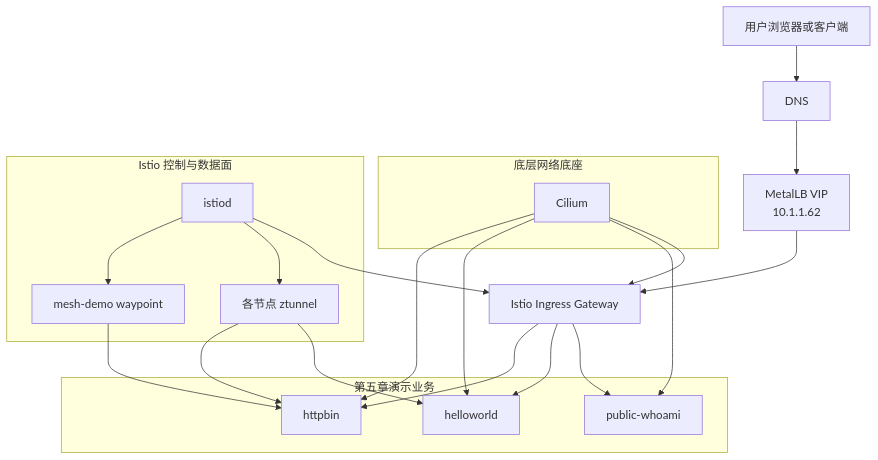
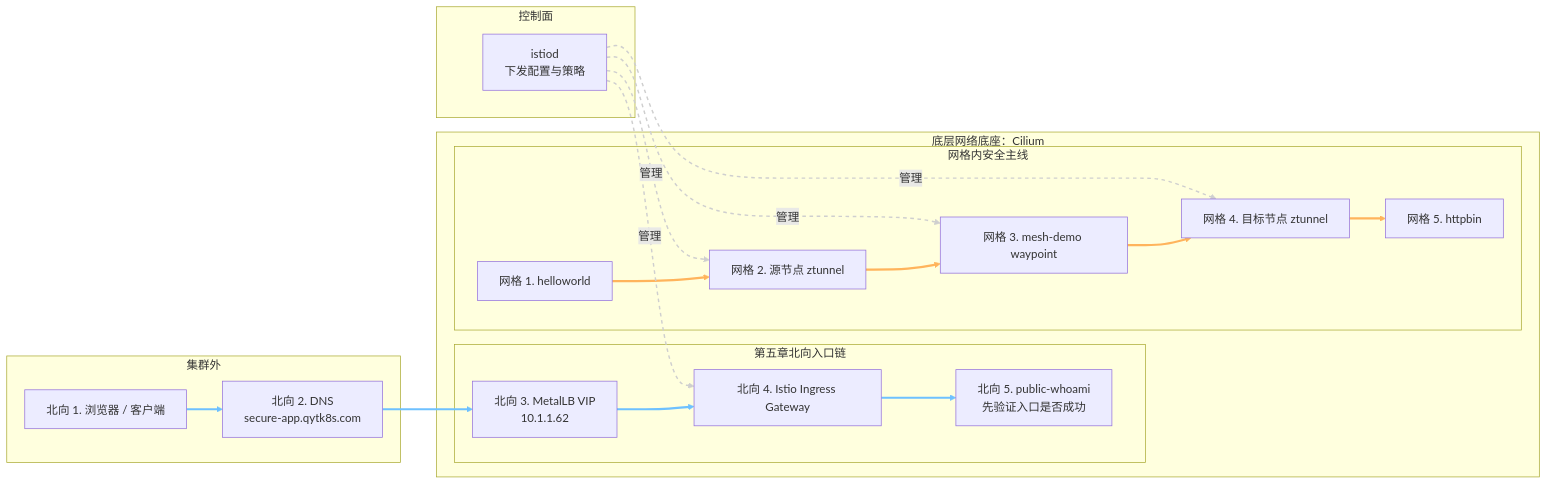
The diagram in k8s/05-security-and-zero-trust/docs/01_chapter_guide.md (hwang-protocol/docker_k8s_2026), drawn with Mermaid before and after one commit. The commit also changed other lines of this file, not shown here.

````diff
--- a/k8s/05-security-and-zero-trust/docs/01_chapter_guide.md
+++ b/k8s/05-security-and-zero-trust/docs/01_chapter_guide.md
@@ -73,39 +58,39 @@
 ```mermaid
-flowchart TD
-    user[用户浏览器或客户端] --> dns[DNS]
-    dns --> vip[MetalLB VIP<br/>10.1.1.62]
-    vip --> ingress[Istio Ingress Gateway]
-
-    subgraph base[底层网络底座]
-        cilium[Cilium]
+flowchart LR
+    subgraph outside[集群外]
+        user[北向 1. 浏览器 / 客户端]
+        dns[北向 2. DNS<br/>secure-app.qytk8s.com]
     end
 
-    subgraph mesh[Istio 控制与数据面]
-        istiod[istiod]
-        ztunnel[各节点 ztunnel]
-        waypoint[mesh-demo waypoint]
+    subgraph base[底层网络底座：Cilium]
+        subgraph north[第五章北向入口链]
+            vip[北向 3. MetalLB VIP<br/>10.1.1.62]
+            ingress[北向 4. Istio Ingress Gateway]
+            publicSvc[北向 5. public-whoami<br/>先验证入口是否成功]
+        end
+
+        subgraph mesh[网格内安全主线]
+            helloSvc[网格 1. helloworld]
+            ztunnelSrc[网格 2. 源节点 ztunnel]
+            waypoint[网格 3. mesh-demo waypoint]
+            ztunnelDst[网格 4. 目标节点 ztunnel]
+            httpbinSvc[网格 5. httpbin]
+        end
     end
 
-    subgraph apps[第五章演示业务]
-        publicSvc[public-whoami]
-        helloSvc[helloworld]
-        httpbinSvc[httpbin]
+    subgraph control[控制面]
+        istiod[istiod<br/>下发配置与策略]
     end
 
-    ingress --> publicSvc
-    ingress --> helloSvc
-    ingress --> httpbinSvc
+    user --> dns --> vip --> ingress --> publicSvc
+    helloSvc --> ztunnelSrc --> waypoint --> ztunnelDst --> httpbinSvc
 
-    istiod --> ingress
-    istiod --> ztunnel
-    istiod --> waypoint
+    istiod -. 管理 .-> ingress
+    istiod -. 管理 .-> ztunnelSrc
+    istiod -. 管理 .-> waypoint
+    istiod -. 管理 .-> ztunnelDst
 
-    ztunnel --> helloSvc
-    ztunnel --> httpbinSvc
-    waypoint --> httpbinSvc
-
-    cilium --> ingress
-    cilium --> publicSvc
-    cilium --> helloSvc
-    cilium --> httpbinSvc
+    linkStyle 0,1,2,3 stroke:#6ec1ff,stroke-width:3px;
+    linkStyle 4,5,6,7 stroke:#ffb45c,stroke-width:3px;
+    linkStyle 8,9,10,11 stroke:#cfcfcf,stroke-width:2px,stroke-dasharray: 5 5;
 ```
````
